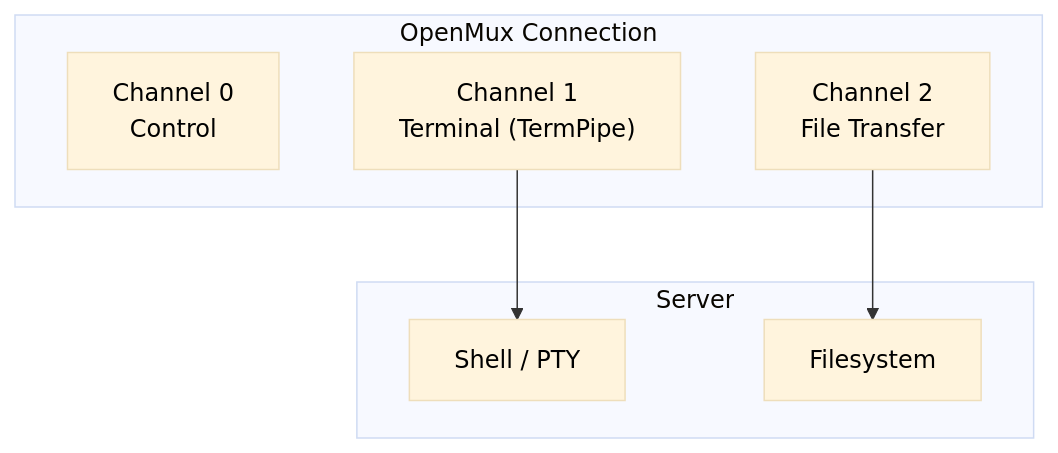
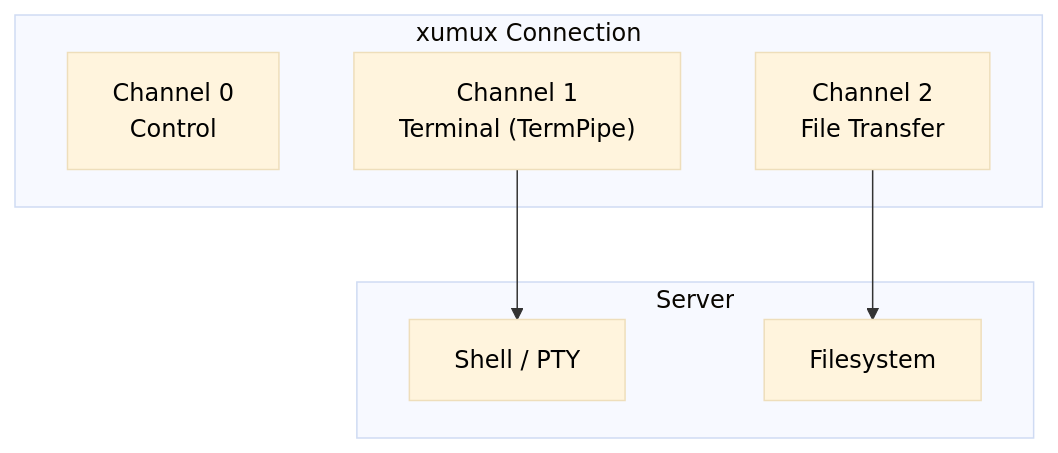
One commit to deftai/xumux changed the first of 4 diagrams in docs/ext-file-transfer.md. Above: the diagram before and after it, drawn with Mermaid. The commit also changed other lines of this file and 11 other files, not shown here.

````diff
--- a/docs/ext-file-transfer.md
+++ b/docs/ext-file-transfer.md
@@ -22,17 +22,17 @@
 ```mermaid
 %%{init: {'theme': 'base', 'themeVariables': {'primaryTextColor': '#000', 'lineColor': '#333'}}}%%
 graph TB
-    subgraph "OpenMux Connection"
+    subgraph "xumux Connection"
         CH0["Channel 0<br/>Control"]
         CH1["Channel 1<br/>Terminal (TermPipe)"]
         CH2["Channel 2<br/>File Transfer"]
     end
 
     subgraph "Server"
         SHELL["Shell / PTY"]
         FS["Filesystem"]
     end
 
     CH1 --> SHELL
     CH2 --> FS
 ```
````
